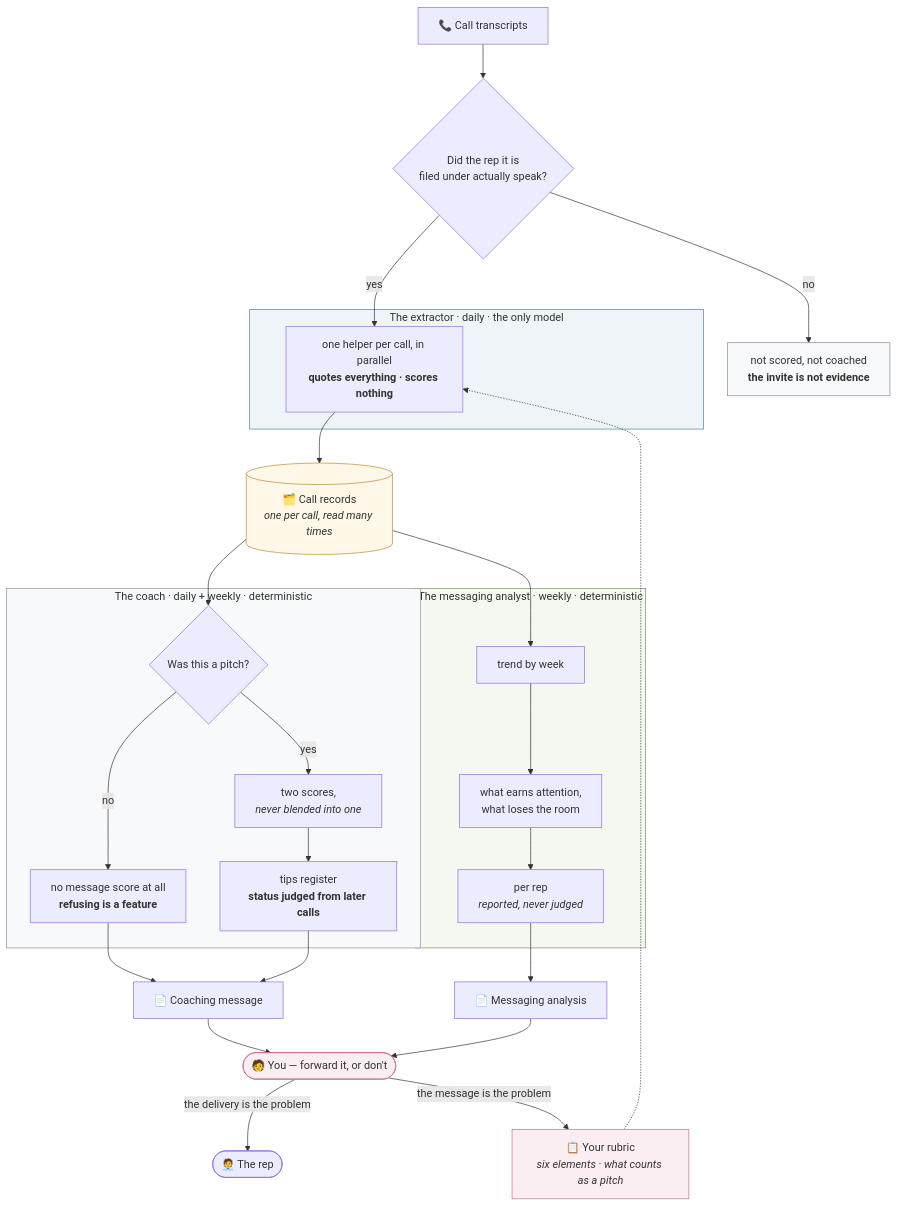
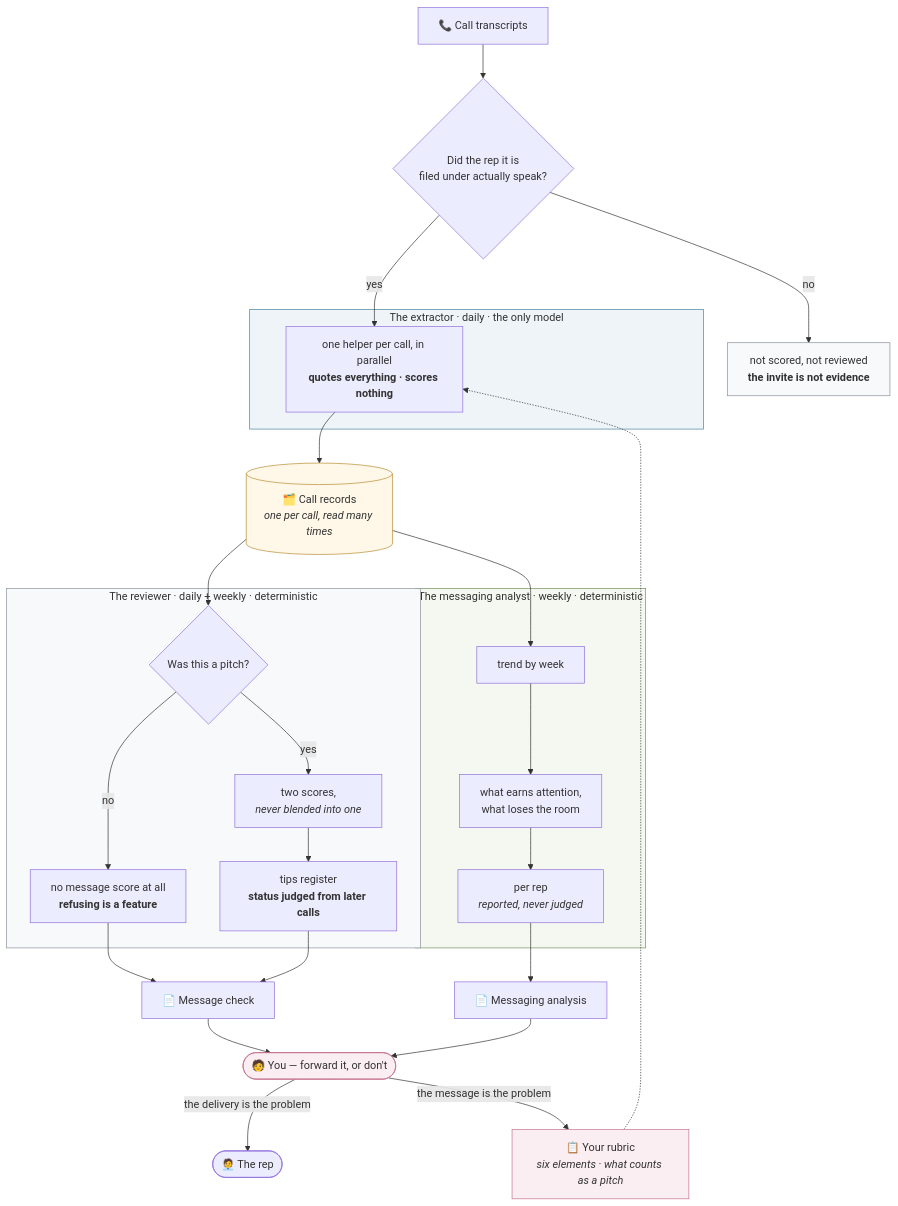
The first of 2 diagrams in README.md (barbararomeira/evidence-scored-call-review), drawn with Mermaid before and after one commit. The commit also changed other lines of this file, not shown here.

First line of the commit message:
Call it a message check throughout the README

````diff
--- a/README.md
+++ b/README.md
@@ -36,42 +38,42 @@
 ```mermaid
 flowchart TB
     T["📞 Call transcripts"] --> A
-    A{"Did the rep it is<br/>filed under actually speak?"} -->|"no"| DROP["not scored, not coached<br/><b>the invite is not evidence</b>"]
+    A{"Did the rep it is<br/>filed under actually speak?"} -->|"no"| DROP["not scored, not reviewed<br/><b>the invite is not evidence</b>"]
     A -->|"yes"| X
     RB["📋 Your rubric<br/><i>six elements · what counts as a pitch</i>"] -.-> X
 
     subgraph EXTRACT ["The extractor · daily · the only model"]
         X["one helper per call, in parallel<br/><b>quotes everything · scores nothing</b>"]
     end
 
     X --> CR[("🗂️ Call records<br/><i>one per call, read many times</i>")]
 
-    subgraph COACH ["The coach · daily + weekly · deterministic"]
+    subgraph COACH ["The reviewer · daily + weekly · deterministic"]
         G{"Was this a pitch?"} -->|"no"| SK["no message score at all<br/><b>refusing is a feature</b>"]
         G -->|"yes"| SC["two scores,<br/><i>never blended into one</i>"]
         SC --> TP["tips register<br/><b>status judged from later calls</b>"]
     end
 
     subgraph ANALYST ["The messaging analyst · weekly · deterministic"]
         TR["trend by week"] --> LD["what earns attention,<br/>what loses the room"] --> PR["per rep<br/><i>reported, never judged</i>"]
     end
 
     CR --> G
     CR --> TR
     SK --> CM
-    TP --> CM["📄 Coaching message"]
+    TP --> CM["📄 Message check"]
     PR --> MA["📄 Messaging analysis"]
 
     CM --> YOU(["🧑 You — forward it, or don't"])
     MA --> YOU
     YOU -->|"the delivery is the problem"| REP(["🧑‍💼 The rep"])
     YOU -->|"the message is the problem"| RB
 
     style EXTRACT fill:#eef4f8,stroke:#47809E
     style COACH fill:#f8f9fa,stroke:#8A9099
     style ANALYST fill:#f4f8f0,stroke:#75905A
     style CR fill:#fff8e8,stroke:#b98b2e
     style YOU fill:#faeef2,stroke:#C4718D
     style RB fill:#faeef2,stroke:#C4718D
     style DROP fill:#f8f9fa,stroke:#8A9099
 ```
````
